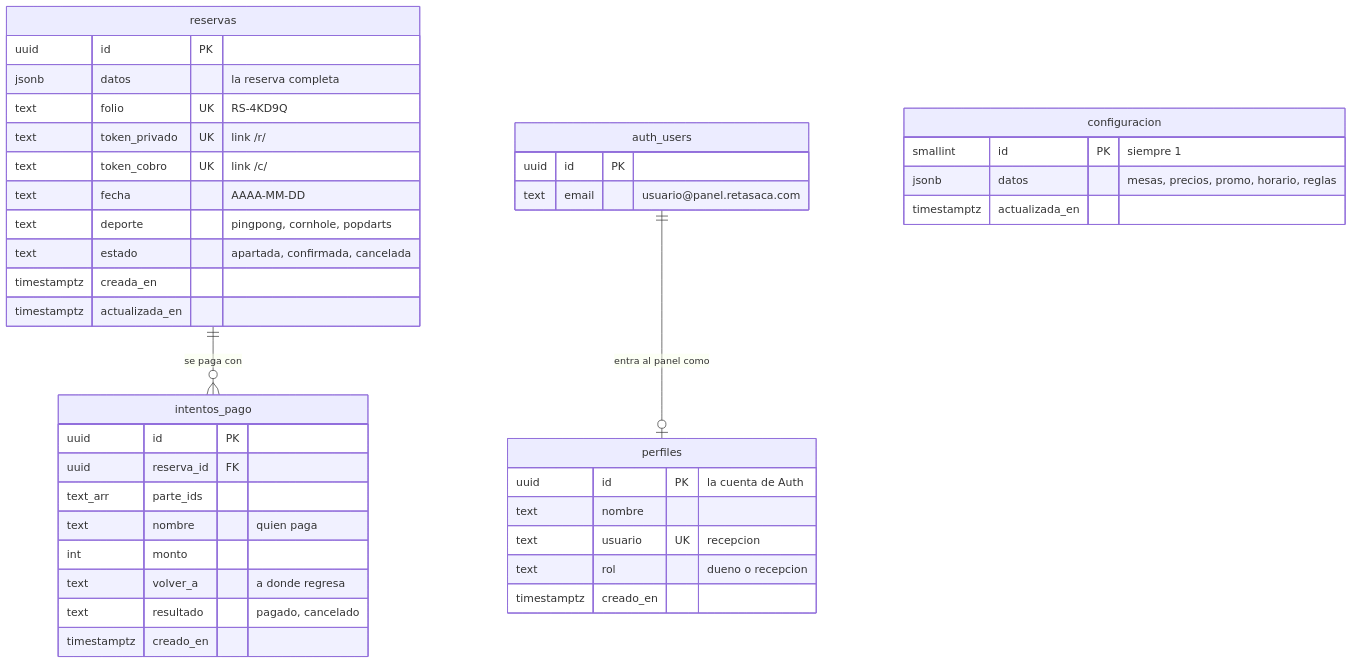
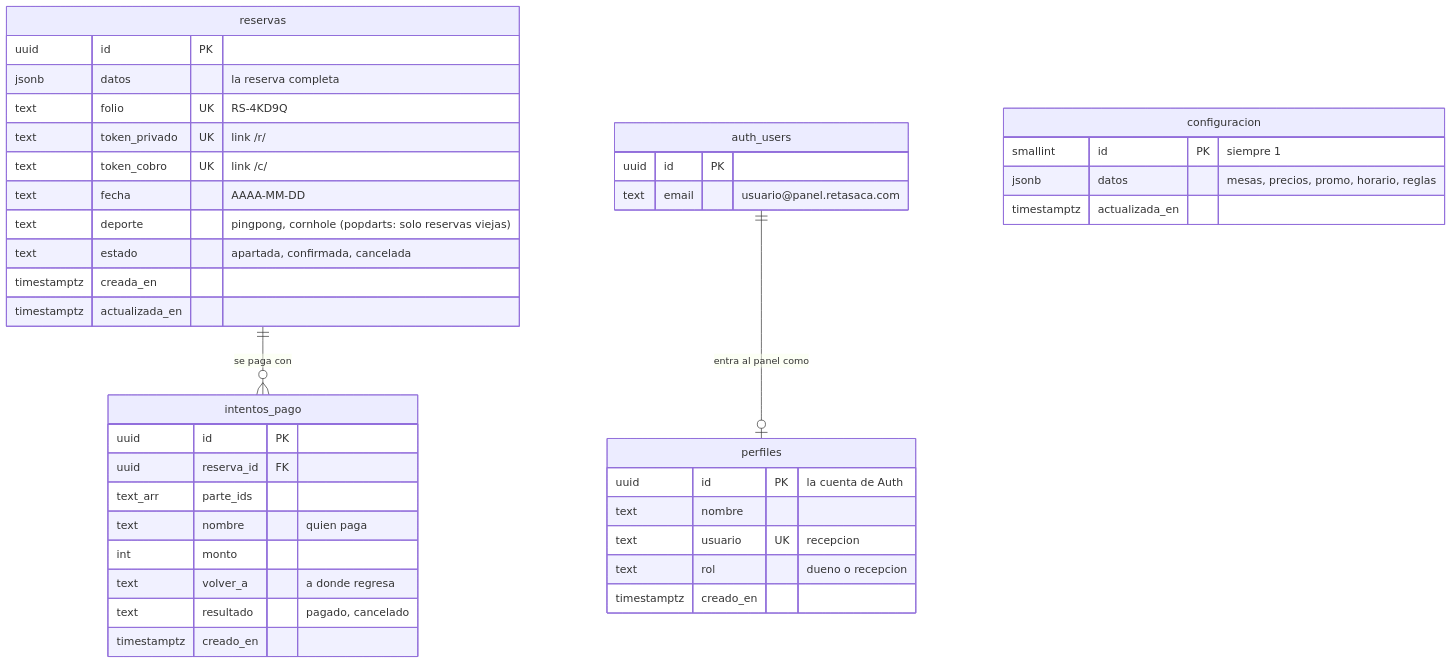
Before and after one commit to retasaca60-source/reta-saca-site: the second of 2 diagrams in BASE-DE-DATOS.md, drawn with Mermaid. The commit also changed other lines of this file and 65 other files, not shown here.

First line of the commit message:
Cambios del negocio: sin Popdarts, Cornhole para 2, palas extra, horario nuevo, pago completo con Clip

````diff
--- a/BASE-DE-DATOS.md
+++ b/BASE-DE-DATOS.md
@@ -40,43 +40,43 @@
 ```mermaid
 erDiagram
   reservas ||--o{ intentos_pago : "se paga con"
   auth_users ||--o| perfiles : "entra al panel como"
   configuracion {
     smallint id PK "siempre 1"
     jsonb datos "mesas, precios, promo, horario, reglas"
     timestamptz actualizada_en
   }
   reservas {
     uuid id PK
     jsonb datos "la reserva completa"
     text folio UK "RS-4KD9Q"
     text token_privado UK "link /r/"
     text token_cobro UK "link /c/"
     text fecha "AAAA-MM-DD"
-    text deporte "pingpong, cornhole, popdarts"
+    text deporte "pingpong, cornhole (popdarts: solo reservas viejas)"
     text estado "apartada, confirmada, cancelada"
     timestamptz creada_en
     timestamptz actualizada_en
   }
   intentos_pago {
     uuid id PK
     uuid reserva_id FK
     text_arr parte_ids
     text nombre "quien paga"
     int monto
     text volver_a "a donde regresa"
     text resultado "pagado, cancelado"
     timestamptz creado_en
   }
   perfiles {
     uuid id PK "la cuenta de Auth"
     text nombre
     text usuario UK "recepcion"
     text rol "dueno o recepcion"
     timestamptz creado_en
   }
   auth_users {
     uuid id PK
     text email "usuario@panel.retasaca.com"
   }
 ```
````
